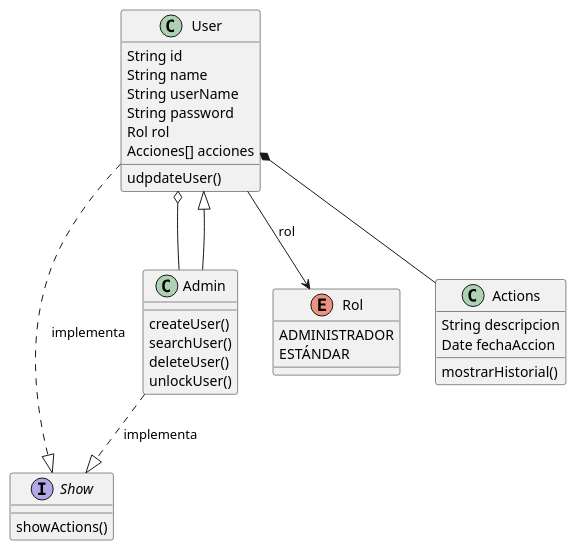
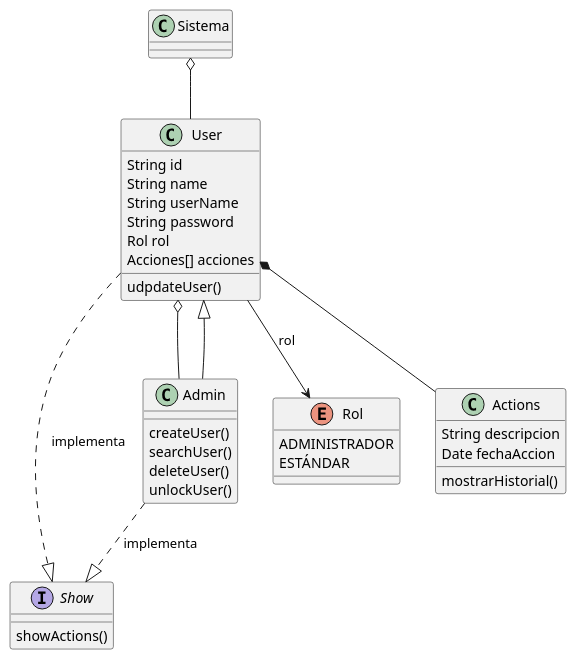
One commit to SebastianVacca/ProyectoModulo2_Poo_SistemaGestionClientes changed the diagram in uml/modelado.plantuml. Above: the diagram before and after it, drawn with PlantUML.

Commit message:
Add class in diagram(Sistema)

```diff
--- a/uml/modelado.plantuml
+++ b/uml/modelado.plantuml
@@ -1,42 +1,46 @@
 @startuml Gestion_Clientes
+class Sistema{
+    
+}
  class User{
     String id
     String name
     String userName
     String password
     Rol rol
     Acciones[] acciones
 
     udpdateUser()
 }
 interface Show{
     showActions()
 }
 class Admin{
     createUser()
     searchUser()
     deleteUser()
     unlockUser()
 }
 
 enum Rol{
     ADMINISTRADOR
     ESTÁNDAR
 }
 class Actions{
     String descripcion
     Date fechaAccion
 
     mostrarHistorial()
 }
 
-'Relaciones entre clases
+'Relaciones entre clases.
+Sistema o-- User
 User --> Rol : rol
 User o-- Admin 
 User *-- Actions
 User <|-- Admin
 User ..|> Show : implementa
 Admin ..|> Show : implementa
 
 
 @enduml
```
